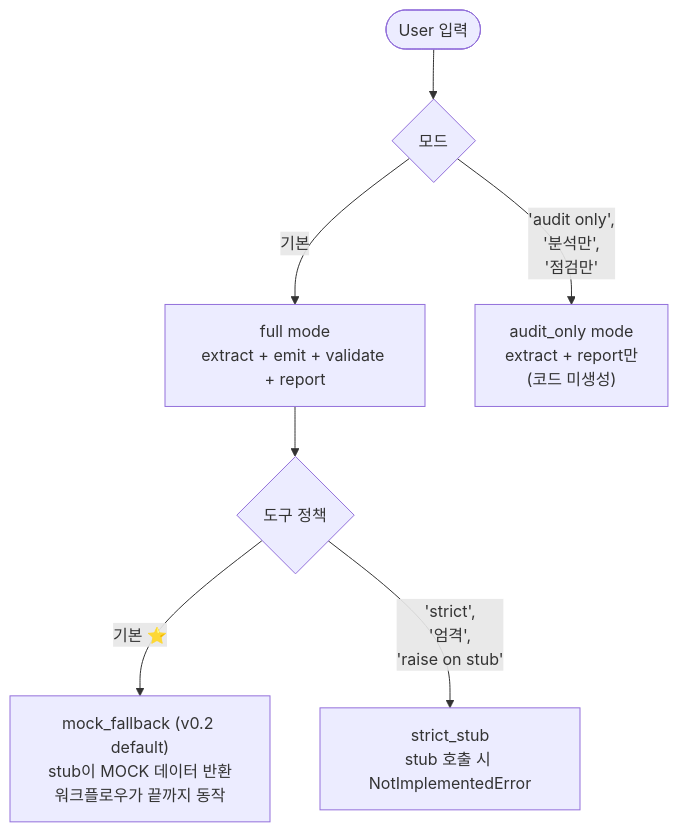
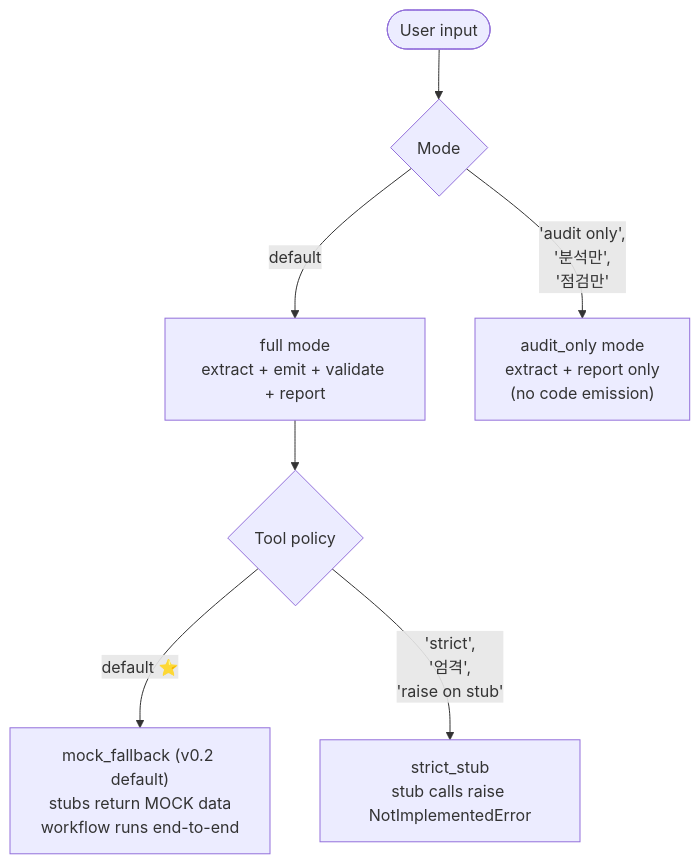
The ninth of 10 diagrams in .claude/skills/harness2deepagents/README.md (tykimos/harness2deepagents), drawn with Mermaid before and after one commit. The commit also changed other lines of this file and 3 other files, not shown here.

````diff
--- a/.claude/skills/harness2deepagents/README.md
+++ b/.claude/skills/harness2deepagents/README.md
@@ -359,15 +361,15 @@
 ```mermaid
 flowchart TB
 
-    U([User 입력])
-    M{모드}
-    Tm{도구 정책}
+    U([User input])
+    M{Mode}
+    Tm{Tool policy}
 
     U --> M
-    M -->|"기본"| Full["full mode<br/>extract + emit + validate + report"]
-    M -->|"'audit only',<br/>'분석만',<br/>'점검만'"| Audit["audit_only mode<br/>extract + report만<br/>(코드 미생성)"]
+    M -->|"default"| Full["full mode<br/>extract + emit + validate + report"]
+    M -->|"'audit only',<br/>'분석만',<br/>'점검만'"| Audit["audit_only mode<br/>extract + report only<br/>(no code emission)"]
 
     Full --> Tm
-    Tm -->|"기본 ⭐"| MF["mock_fallback (v0.2 default)<br/>stub이 MOCK 데이터 반환<br/>워크플로우가 끝까지 동작"]
-    Tm -->|"'strict',<br/>'엄격',<br/>'raise on stub'"| SS["strict_stub<br/>stub 호출 시 NotImplementedError"]
+    Tm -->|"default ⭐"| MF["mock_fallback (v0.2 default)<br/>stubs return MOCK data<br/>workflow runs end-to-end"]
+    Tm -->|"'strict',<br/>'엄격',<br/>'raise on stub'"| SS["strict_stub<br/>stub calls raise NotImplementedError"]
 ```
````
